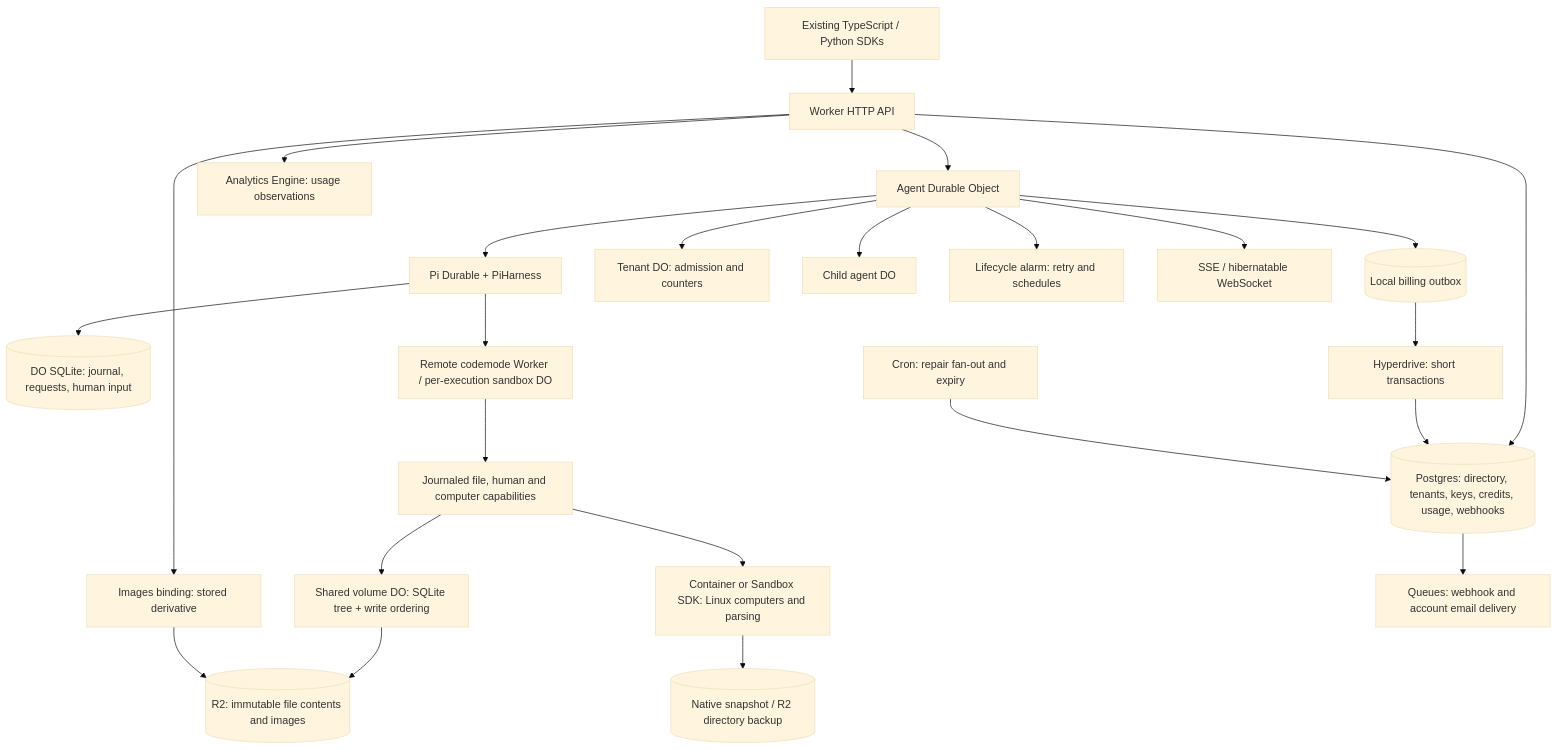
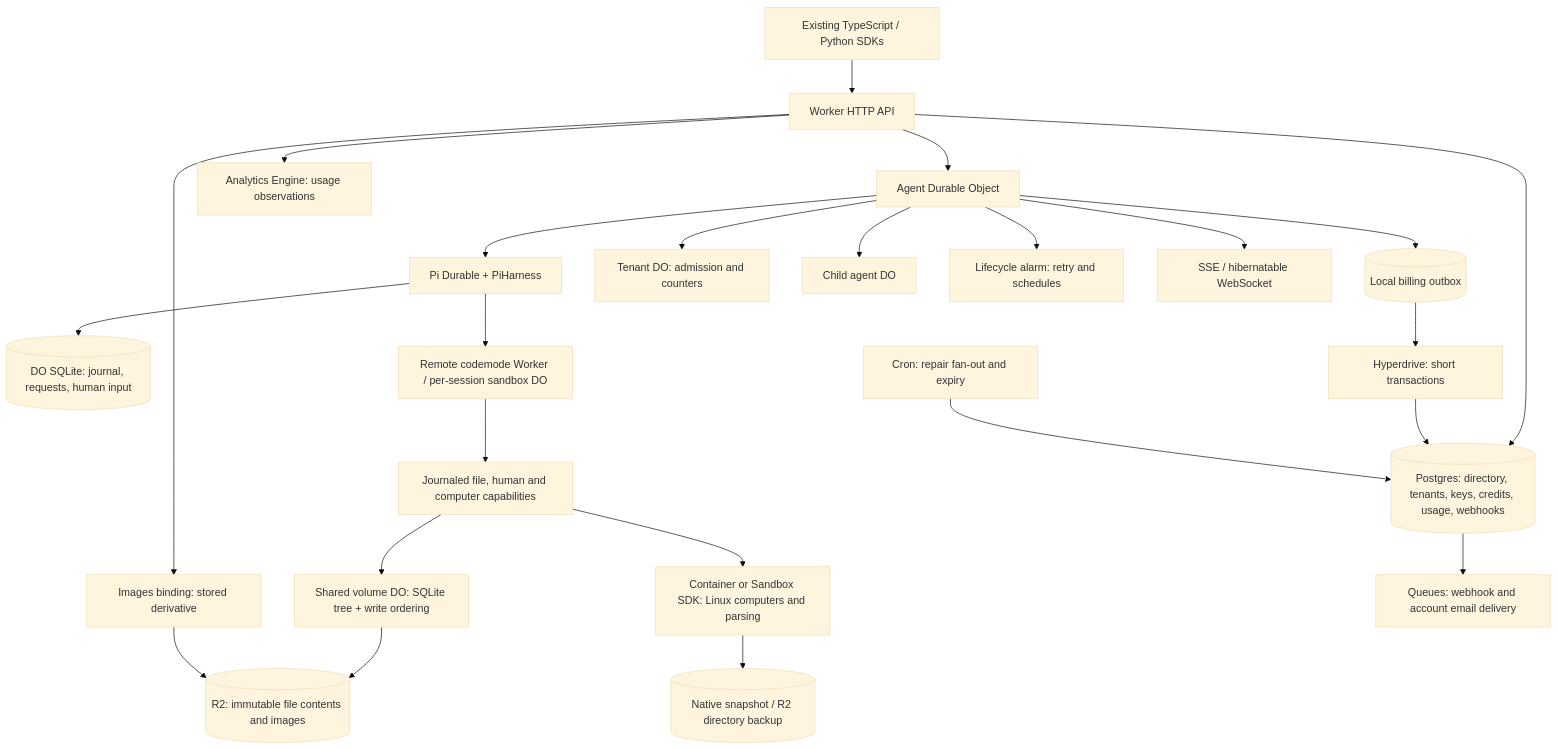
Before and after one commit to qaml-ai/run: the diagram in backends/workers/ELEGANCE.md, drawn with Mermaid (base theme). The commit also changed other lines of this file and 22 other files, not shown here.

````diff
--- a/backends/workers/ELEGANCE.md
+++ b/backends/workers/ELEGANCE.md
@@ -26,26 +26,26 @@
 ```mermaid
 flowchart TB
     SDK[Existing TypeScript / Python SDKs] --> API[Worker HTTP API]
     API --> PG[(Postgres: directory, tenants, keys, credits, usage, webhooks)]
     API --> A[Agent Durable Object]
     A --> P[Pi Durable + PiHarness]
     P --> SQL[(DO SQLite: journal, requests, human input)]
     A --> OUT[(Local billing outbox)]
     OUT --> HD[Hyperdrive: short transactions]
     HD --> PG
     A --> T[Tenant DO: admission and counters]
     A --> CHILD[Child agent DO]
     A --> ALARM[Lifecycle alarm: retry and schedules]
     A --> STREAM[SSE / hibernatable WebSocket]
-    P --> CM[Remote codemode Worker / per-execution sandbox DO]
+    P --> CM[Remote codemode Worker / per-session sandbox DO]
     CM --> TOOLS[Journaled file, human and computer capabilities]
     TOOLS --> V[Shared volume DO: SQLite tree + write ordering]
     V --> R2[(R2: immutable file contents and images)]
     API --> IMG[Images binding: stored derivative]
     IMG --> R2
     TOOLS --> LINUX[Container or Sandbox SDK: Linux computers and parsing]
     LINUX --> BACKUP[(Native snapshot / R2 directory backup)]
     PG --> Q[Queues: webhook and account email delivery]
     CRON[Cron: repair fan-out and expiry] --> PG
     API --> METRICS[Analytics Engine: usage observations]
 ```
````
